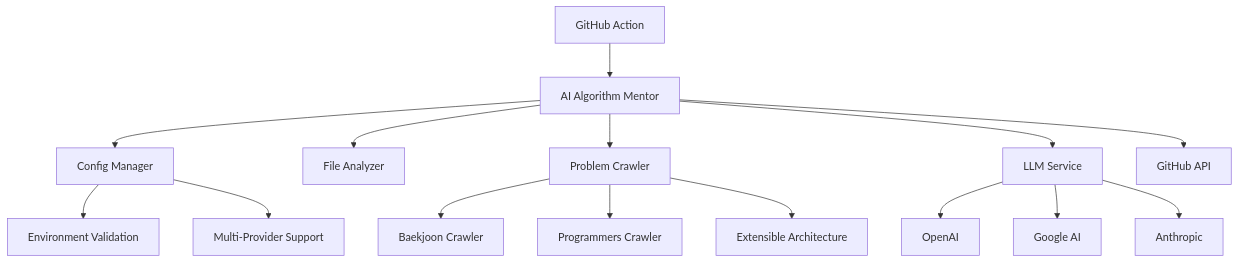
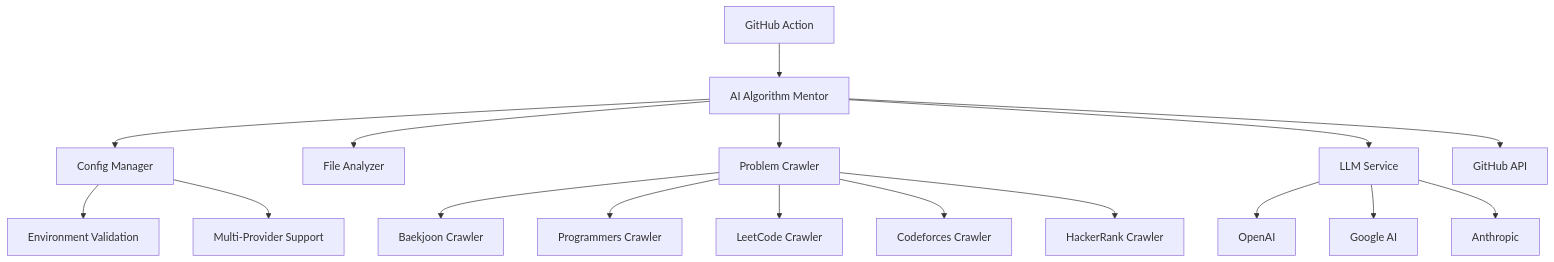
The diagram in README_EN.md (actions-marketplace-validations/choam2426_AI-Algorithm-Mentor), drawn with Mermaid before and after one commit. The commit also changed other lines of this file and 1 other file, not shown here.

````diff
--- a/README_EN.md
+++ b/README_EN.md
@@ -146,20 +142,22 @@
 ```mermaid
 graph TD
     A[GitHub Action] --> B[AI Algorithm Mentor]
     B --> C[Config Manager]
     B --> D[File Analyzer]
     B --> E[Problem Crawler]
     B --> F[LLM Service]
     B --> G[GitHub API]
     
     C --> C1[Environment Validation]
     C --> C2[Multi-Provider Support]
     
     E --> E1[Baekjoon Crawler]
     E --> E2[Programmers Crawler]
-    E --> E3[Extensible Architecture]
+    E --> E3[LeetCode Crawler]
+    E --> E4[Codeforces Crawler]
+    E --> E5[HackerRank Crawler]
     
     F --> F1[OpenAI]
     F --> F2[Google AI]
     F --> F3[Anthropic]
 ```
````
